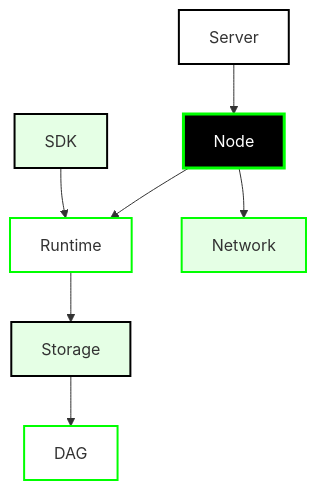
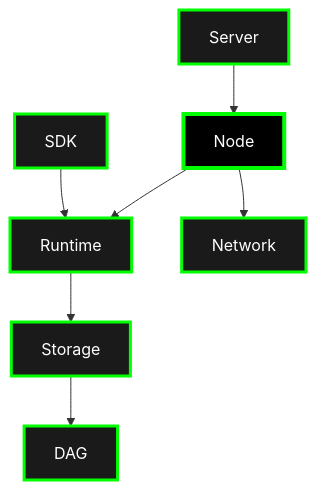
One commit to calimero-network/docs changed the sixth of 6 diagrams in docs/core-concepts/architecture.md. Above: the diagram before and after it, drawn with Mermaid. The commit also changed other lines of this file, not shown here.

First line of the commit message:
fix: Update all graphs to use dark fills with green borders for visibility

````diff
--- a/docs/core-concepts/architecture.md
+++ b/docs/core-concepts/architecture.md
@@ -123,17 +132,17 @@
 ```mermaid
 flowchart TD
     SDK[SDK] --> RUNTIME[Runtime]
     RUNTIME --> STORAGE[Storage]
     STORAGE --> DAG[DAG]
     NODE[Node] --> RUNTIME
     NODE --> NETWORK[Network]
     SERVER[Server] --> NODE
     
-    style SDK fill:#e5ffe5,stroke:#000000,stroke-width:2px
-    style RUNTIME fill:#ffffff,stroke:#00ff00,stroke-width:2px
-    style STORAGE fill:#e5ffe5,stroke:#000000,stroke-width:2px
-    style DAG fill:#ffffff,stroke:#00ff00,stroke-width:2px
-    style NODE fill:#000000,stroke:#00ff00,stroke-width:3px,color:#ffffff
-    style NETWORK fill:#e5ffe5,stroke:#00ff00,stroke-width:2px
-    style SERVER fill:#ffffff,stroke:#000000,stroke-width:2px
+    style SDK fill:#1a1a1a,stroke:#00ff00,stroke-width:3px,color:#ffffff
+    style RUNTIME fill:#1a1a1a,stroke:#00ff00,stroke-width:3px,color:#ffffff
+    style STORAGE fill:#1a1a1a,stroke:#00ff00,stroke-width:3px,color:#ffffff
+    style DAG fill:#1a1a1a,stroke:#00ff00,stroke-width:3px,color:#ffffff
+    style NODE fill:#000000,stroke:#00ff00,stroke-width:4px,color:#ffffff
+    style NETWORK fill:#1a1a1a,stroke:#00ff00,stroke-width:3px,color:#ffffff
+    style SERVER fill:#1a1a1a,stroke:#00ff00,stroke-width:3px,color:#ffffff
 ```
````
